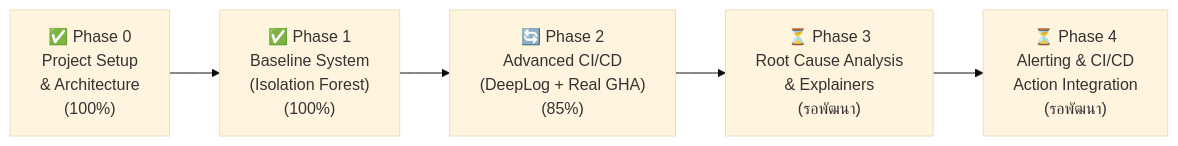
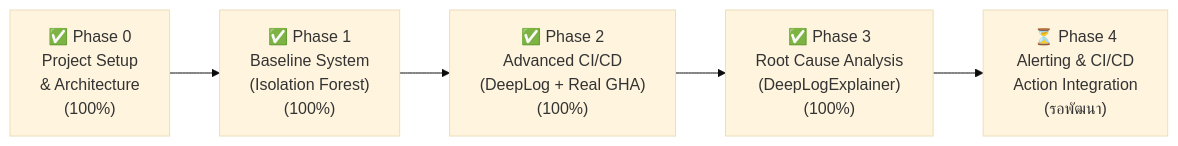
One commit to kora-ora/LogWatchdog changed the diagram in PROJECT_ROADMAP.md. Above: the diagram before and after it, drawn with Mermaid (base theme). The commit also changed other lines of this file and 49 other files, not shown here.

````diff
--- a/PROJECT_ROADMAP.md
+++ b/PROJECT_ROADMAP.md
@@ -18,7 +19,7 @@
 ```mermaid
 flowchart LR
     P0["✅ Phase 0\nProject Setup\n& Architecture\n(100%)"] --> P1["✅ Phase 1\nBaseline System\n(Isolation Forest)\n(100%)"]
-    P1 --> P2["🔄 Phase 2\nAdvanced CI/CD\n(DeepLog + Real GHA)\n(85%)"]
-    P2 --> P3["⏳ Phase 3\nRoot Cause Analysis\n& Explainers\n(รอพัฒนา)"]
+    P1 --> P2["✅ Phase 2\nAdvanced CI/CD\n(DeepLog + Real GHA)\n(100%)"]
+    P2 --> P3["✅ Phase 3\nRoot Cause Analysis\n(DeepLogExplainer)\n(100%)"]
     P3 --> P4["⏳ Phase 4\nAlerting & CI/CD\nAction Integration\n(รอพัฒนา)"]
 ```
````
